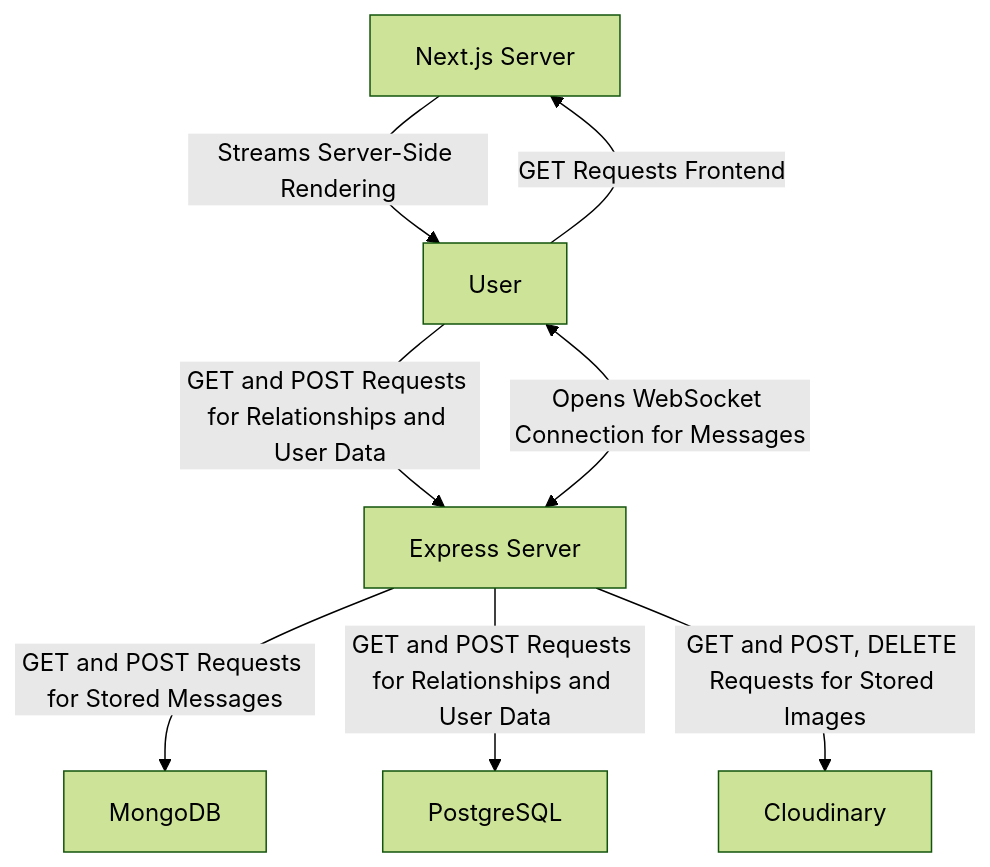
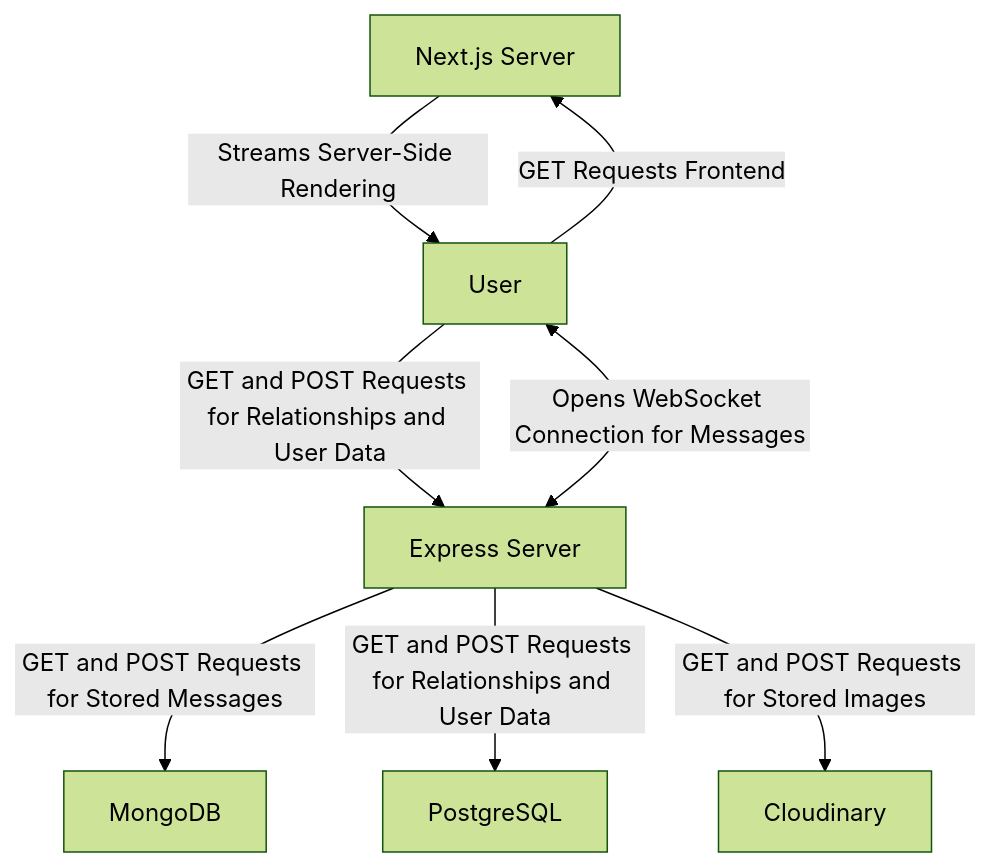
Before and after one commit to leinadest/co-engine: the first of 3 diagrams in README.md, drawn with Mermaid (forest theme).

````diff
--- a/README.md
+++ b/README.md
@@ -109,19 +109,19 @@
 ```mermaid
 graph TD
     B[Next.js Server]
     A[User]
     C[Express Server]
     D[MongoDB]
     E[PostgreSQL]
     G[Cloudinary]
 
     B -->|Streams Server-Side Rendering| A
 
     A -->|GET Requests Frontend| B
     A -->|GET and POST Requests for Relationships and User Data| C
     A <-->|Opens WebSocket Connection for Messages| C
 
     C -->|GET and POST Requests for Stored Messages| D
     C -->|GET and POST Requests for Relationships and User Data| E
-    C -->|GET and POST, DELETE Requests for Stored Images| G
+    C -->|GET and POST Requests for Stored Images| G
 ```
````
